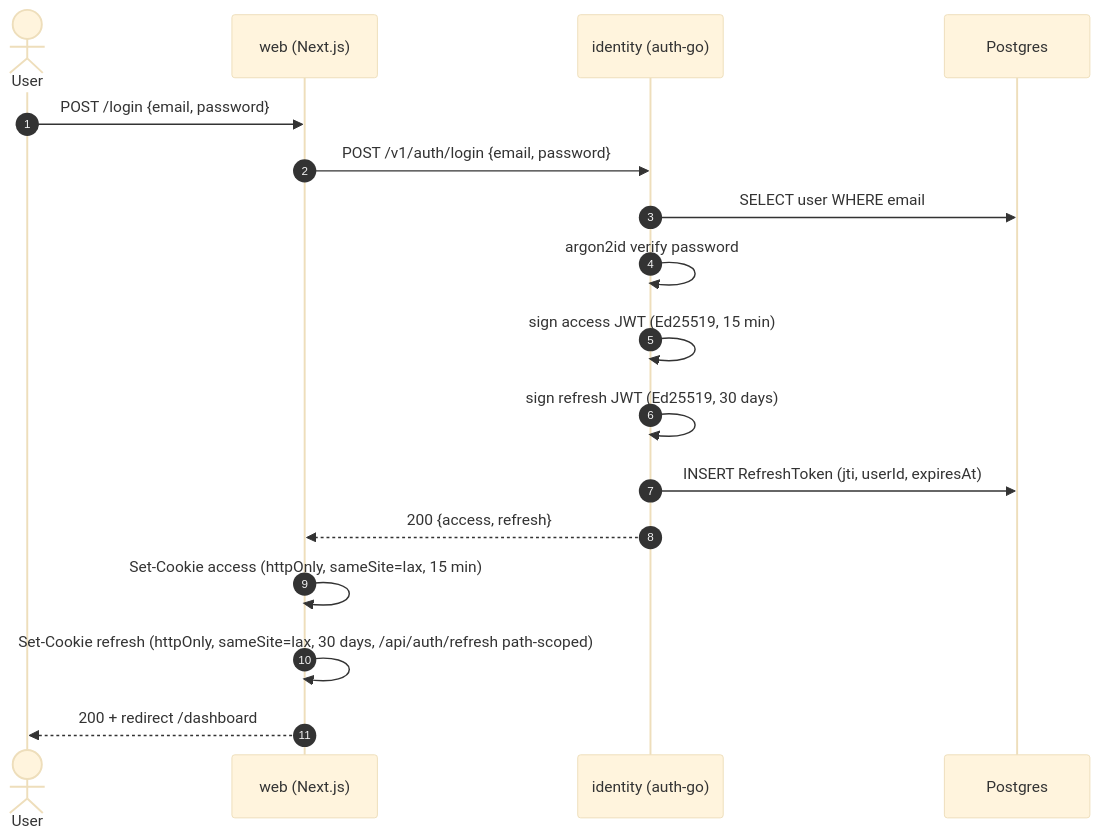
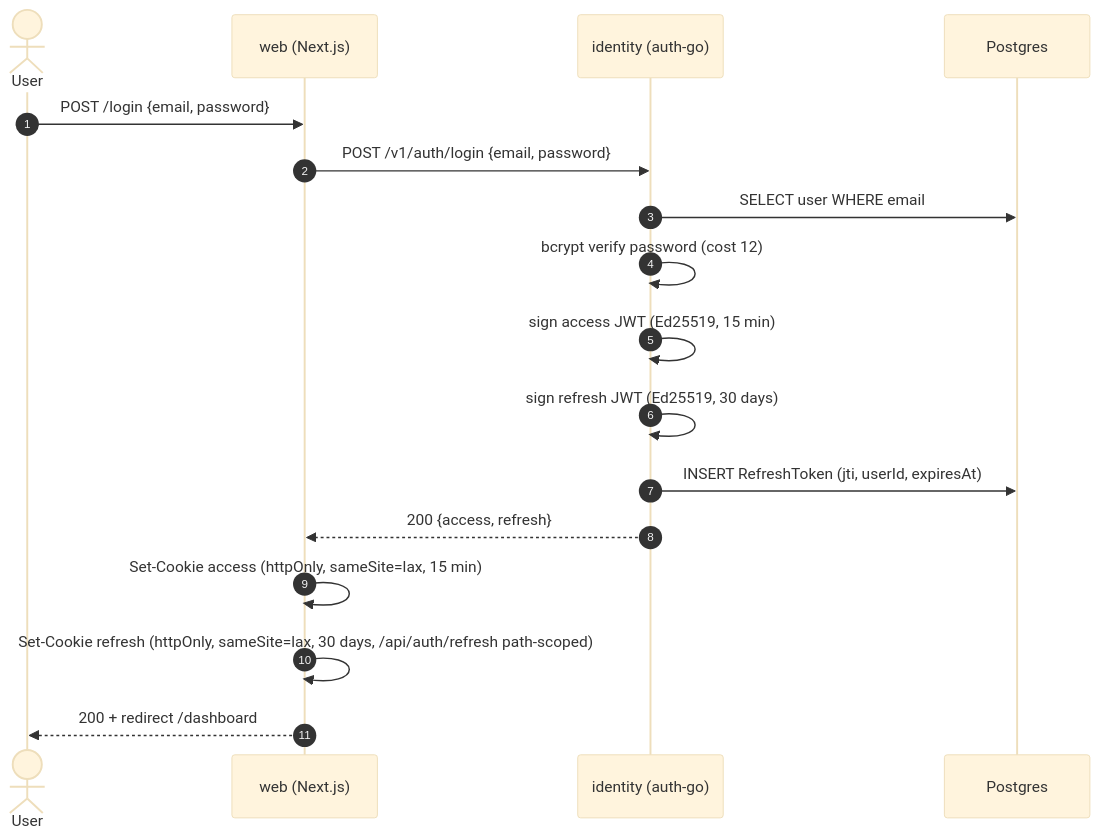
One commit to JasonTM17/Leetrank_Project changed the first of 4 diagrams in docs/architecture/auth-flow.md. Above: the diagram before and after it, drawn with Mermaid (base theme). The commit also changed other lines of this file and 1 other file, not shown here.

First line of the commit message:
fix(docs): legal + auth-flow match implementation (bcrypt cost 12)

````diff
--- a/docs/architecture/auth-flow.md
+++ b/docs/architecture/auth-flow.md
@@ -9,20 +9,20 @@
 ```mermaid
 sequenceDiagram
     autonumber
     actor U as User
     participant W as web (Next.js)
     participant I as identity (auth-go)
     participant DB as Postgres
 
     U->>W: POST /login {email, password}
     W->>I: POST /v1/auth/login {email, password}
     I->>DB: SELECT user WHERE email
-    I->>I: argon2id verify password
+    I->>I: bcrypt verify password (cost 12)
     I->>I: sign access JWT (Ed25519, 15 min)
     I->>I: sign refresh JWT (Ed25519, 30 days)
     I->>DB: INSERT RefreshToken (jti, userId, expiresAt)
     I-->>W: 200 {access, refresh}
     W->>W: Set-Cookie access (httpOnly, sameSite=lax, 15 min)
     W->>W: Set-Cookie refresh (httpOnly, sameSite=lax, 30 days, /api/auth/refresh path-scoped)
     W-->>U: 200 + redirect /dashboard
 ```
````
